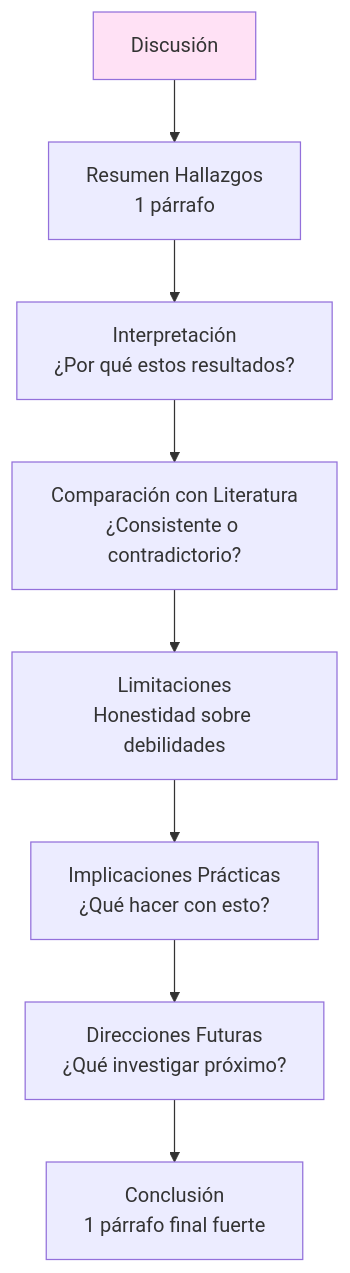
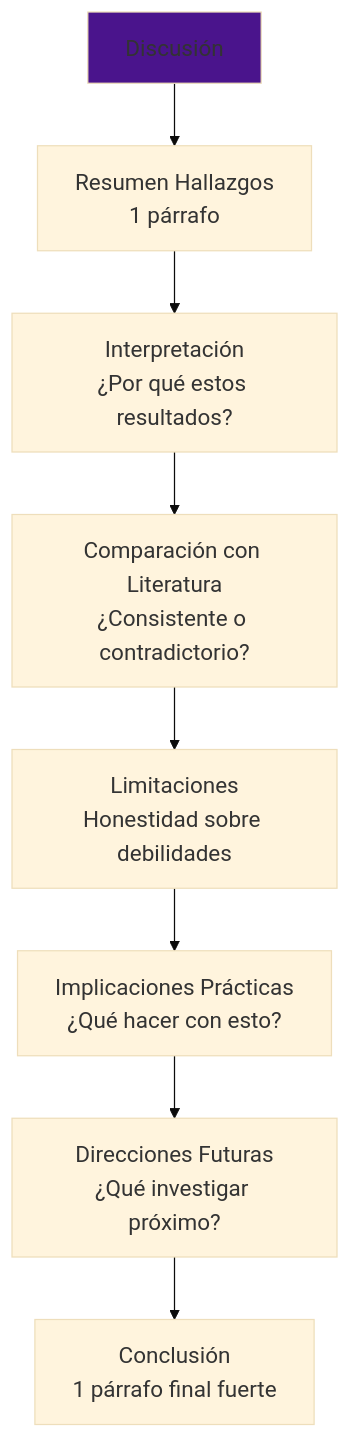
Before and after one commit to Ai-Whisperers/Courses-Content: the fifth of 13 diagrams in courses/🟡-development/FPUNA-2026/05-INVESTIGACION-ACADEMIA/04-redaccion-academica.md, drawn with Mermaid. The commit also changed other lines of this file and 47 other files, not shown here.

First line of the commit message:
fix: Make all 473 diagrams WCAG AAA accessible (FPUNA-2026)

````diff
--- a/courses/🟡-development/FPUNA-2026/05-INVESTIGACION-ACADEMIA/04-redaccion-academica.md
+++ b/courses/🟡-development/FPUNA-2026/05-INVESTIGACION-ACADEMIA/04-redaccion-academica.md
@@ -225,12 +229,13 @@
 ```mermaid
+%%{init: {'theme':'base', 'themeVariables': {'fontSize':'18px'}}}%%
 graph TD
     A[Discusión] --> B[Resumen Hallazgos<br/>1 párrafo]
     B --> C[Interpretación<br/>¿Por qué estos resultados?]
     C --> D[Comparación con Literatura<br/>¿Consistente o contradictorio?]
     D --> E[Limitaciones<br/>Honestidad sobre debilidades]
     E --> F[Implicaciones Prácticas<br/>¿Qué hacer con esto?]
     F --> G[Direcciones Futuras<br/>¿Qué investigar próximo?]
     G --> H[Conclusión<br/>1 párrafo final fuerte]
     
-    style A fill:#FFE1F5
+    style A fill:#4a148c
 ```
````
